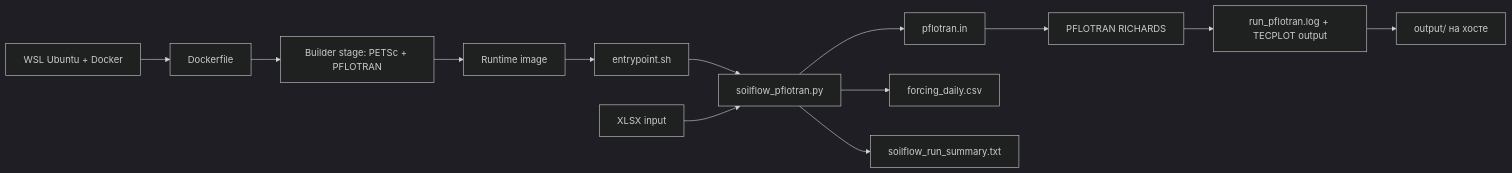
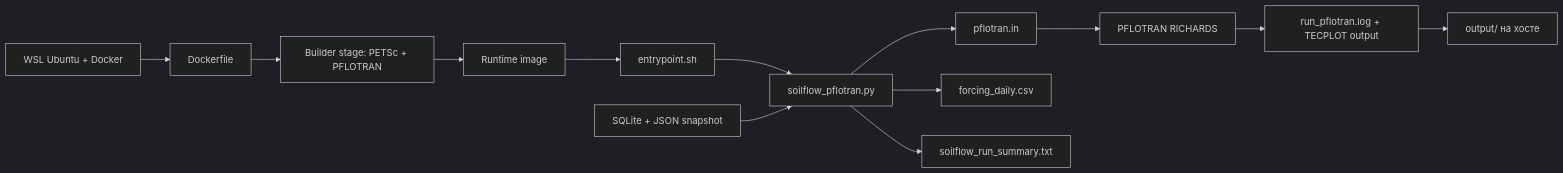
The first of 2 diagrams in pflotran_soilflow_docker_tested/docs/SCHEMA_ALGORITHM_COMPONENTS_RU.md (kornix-tech/water_flow), drawn with Mermaid (dark theme) before and after one commit. The commit also changed other lines of this file and 21 other files, not shown here.

````diff
--- a/pflotran_soilflow_docker_tested/docs/SCHEMA_ALGORITHM_COMPONENTS_RU.md
+++ b/pflotran_soilflow_docker_tested/docs/SCHEMA_ALGORITHM_COMPONENTS_RU.md
@@ -67,15 +67,15 @@
 ```mermaid
 flowchart LR
     A[WSL Ubuntu + Docker] --> B[Dockerfile]
     B --> C[Builder stage: PETSc + PFLOTRAN]
     C --> D[Runtime image]
     D --> E[entrypoint.sh]
     E --> F[soilflow_pflotran.py]
-    G[XLSX input] --> F
+    G[SQLite + JSON snapshot] --> F
     F --> H[pflotran.in]
     F --> I[forcing_daily.csv]
     F --> J[soilflow_run_summary.txt]
     H --> K[PFLOTRAN RICHARDS]
     K --> L[run_pflotran.log + TECPLOT output]
     L --> M[output/ на хосте]
 ```
````
